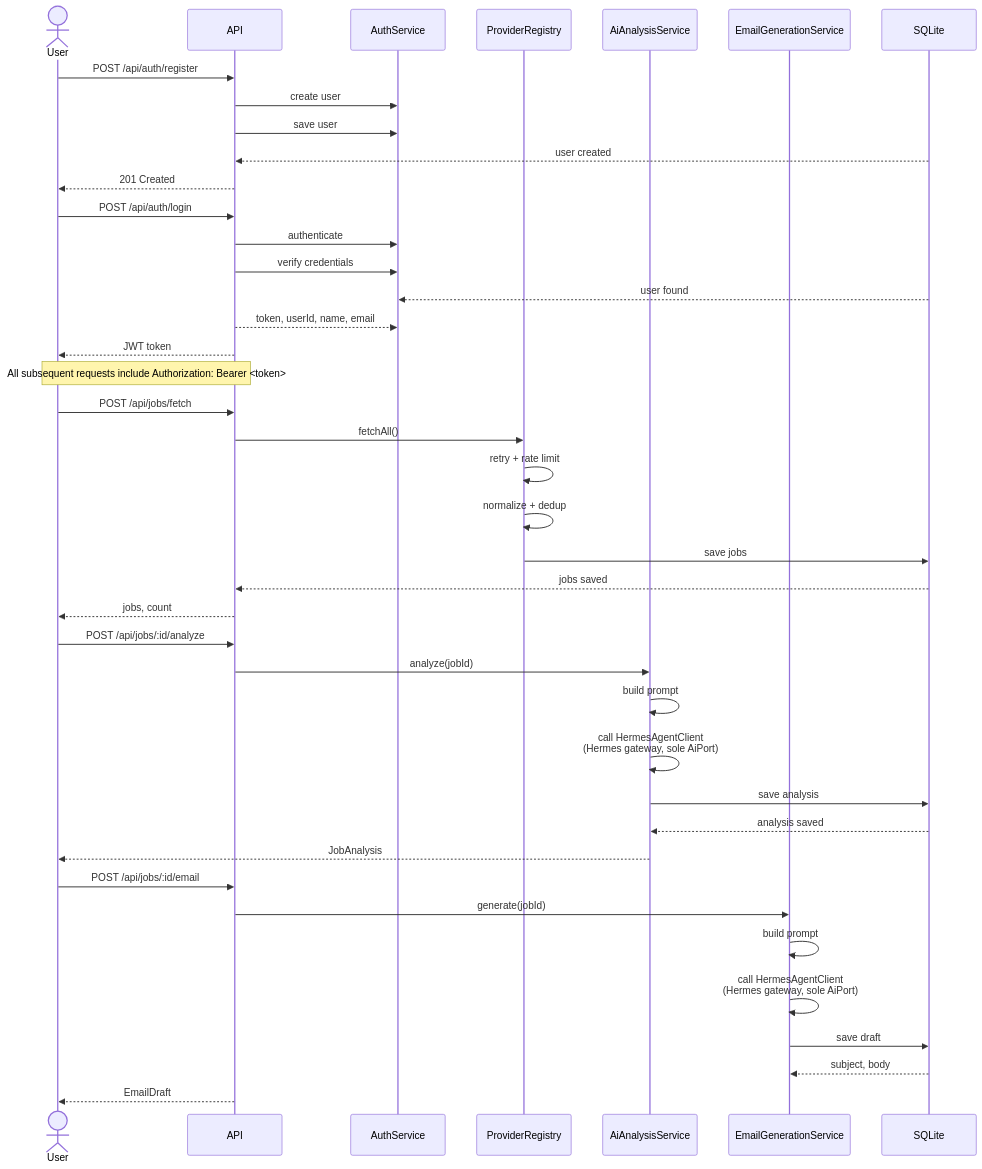
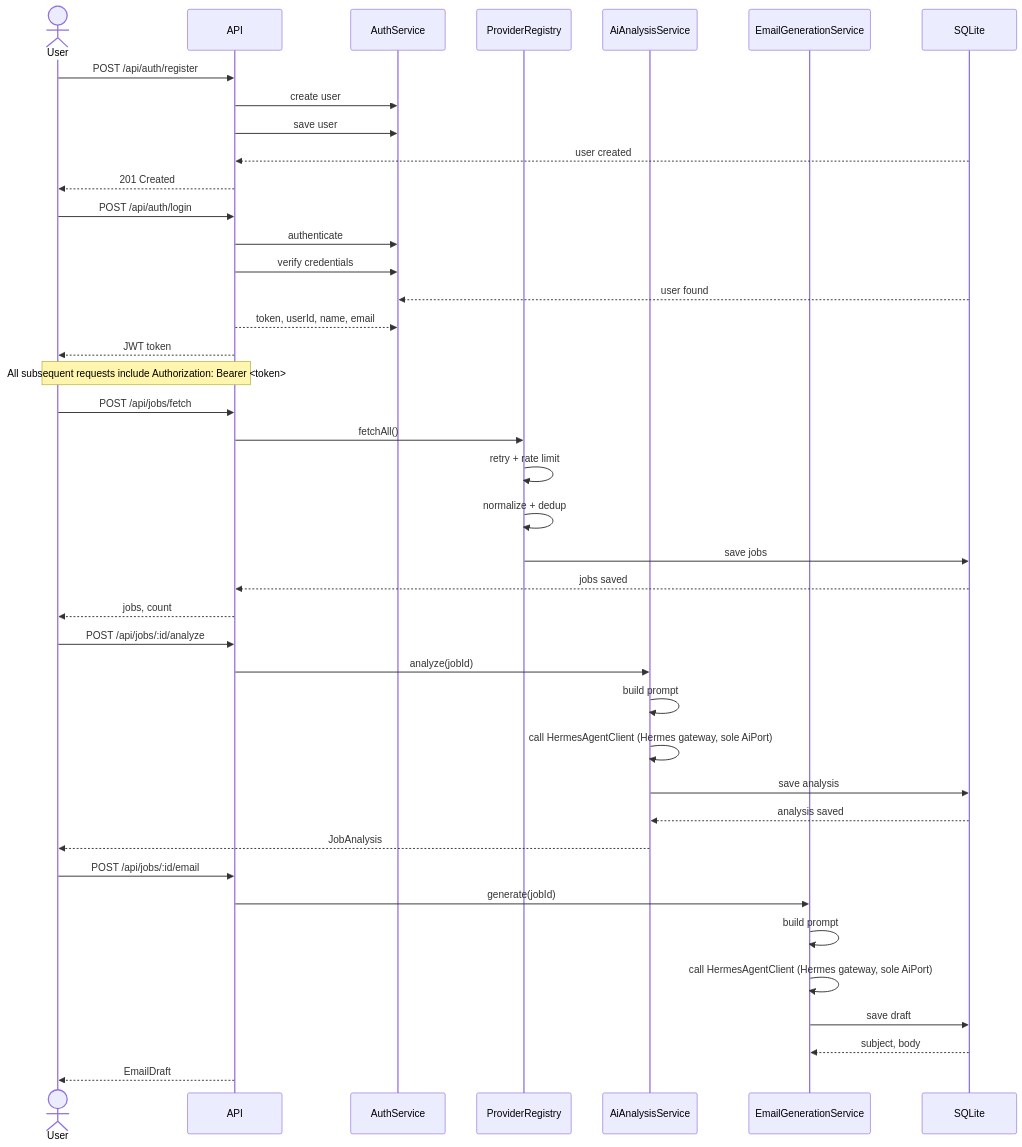
The second of 6 diagrams in README.md (Uzzoper/job-hunter), drawn with Mermaid before and after one commit.

Commit message:
docs: fix mermaid sequence diagram rendering (remove br tags)

````diff
--- a/README.md
+++ b/README.md
@@ -250,49 +250,49 @@
 ```mermaid
 sequenceDiagram
     actor User
     participant API
     participant Auth as AuthService
     participant Scraper as ProviderRegistry
     participant AI as AiAnalysisService
     participant Email as EmailGenerationService
     participant DB as SQLite
 
     User ->> API: POST /api/auth/register
     API ->> Auth: create user
     API ->> Auth: save user
     DB -->> API: user created
     API -->> User: 201 Created
 
     User ->> API: POST /api/auth/login
     API ->> Auth: authenticate
     API ->> Auth: verify credentials
     DB -->> Auth: user found
     API -->> Auth: token, userId, name, email
     API -->> User: JWT token
 
     Note over User,API: All subsequent requests include Authorization: Bearer <token>
 
     User ->> API: POST /api/jobs/fetch
     API ->> Scraper: fetchAll()
     Scraper ->> Scraper: retry + rate limit
     Scraper ->> Scraper: normalize + dedup
     Scraper ->> DB: save jobs
     DB -->> API: jobs saved
     API -->> User: jobs, count
 
     User ->> API: POST /api/jobs/:id/analyze
     API ->> AI: analyze(jobId)
     AI ->> AI: build prompt
-    AI ->> AI: call HermesAgentClient<br/>(Hermes gateway, sole AiPort)
+    AI ->> AI: call HermesAgentClient (Hermes gateway, sole AiPort)
     AI ->> DB: save analysis
     DB -->> AI: analysis saved
     AI -->> User: JobAnalysis
 
     User ->> API: POST /api/jobs/:id/email
     API ->> Email: generate(jobId)
     Email ->> Email: build prompt
-    Email ->> Email: call HermesAgentClient<br/>(Hermes gateway, sole AiPort)
+    Email ->> Email: call HermesAgentClient (Hermes gateway, sole AiPort)
     Email ->> DB: save draft
     DB -->> Email: subject, body
     API -->> User: EmailDraft
 ```
````
